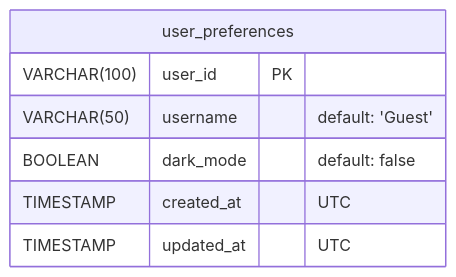
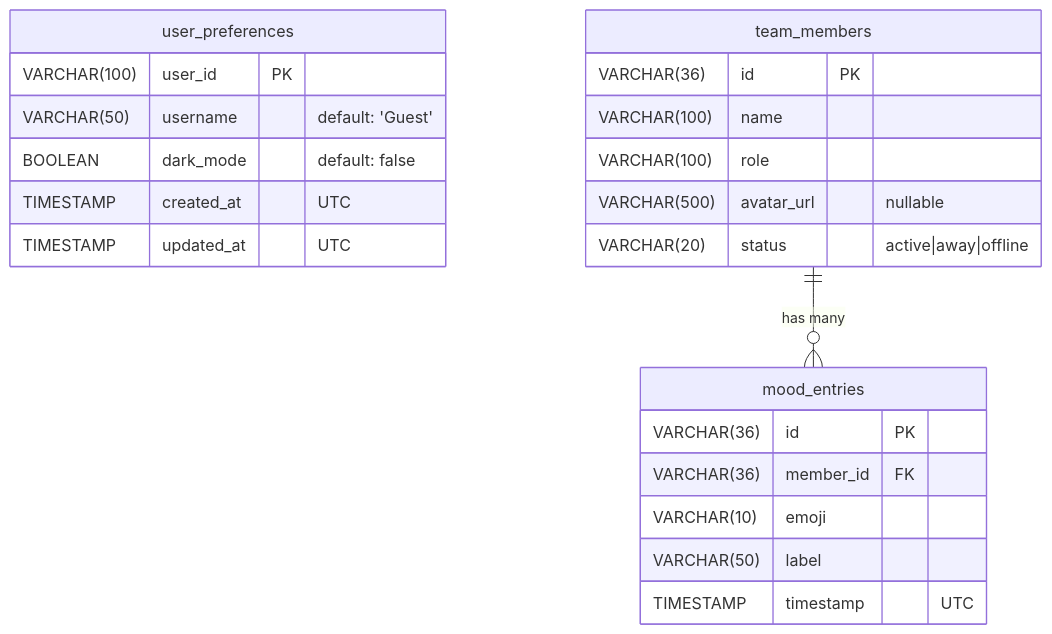
The second of 5 diagrams in docs/ARCHITECTURE.md (RDOToole89/agentic-rn-demo), drawn with Mermaid before and after one commit. The commit also changed other lines of this file and 36 other files, not shown here.

First line of the commit message:
feat(server): add team member management API with mood tracking

````diff
--- a/docs/ARCHITECTURE.md
+++ b/docs/ARCHITECTURE.md
@@ -99,10 +99,28 @@
 ```mermaid
 erDiagram
     user_preferences {
         VARCHAR(100) user_id PK
         VARCHAR(50) username "default: 'Guest'"
         BOOLEAN dark_mode "default: false"
         TIMESTAMP created_at "UTC"
         TIMESTAMP updated_at "UTC"
     }
+
+    team_members {
+        VARCHAR(36) id PK
+        VARCHAR(100) name
+        VARCHAR(100) role
+        VARCHAR(500) avatar_url "nullable"
+        VARCHAR(20) status "active|away|offline"
+    }
+
+    mood_entries {
+        VARCHAR(36) id PK
+        VARCHAR(36) member_id FK
+        VARCHAR(10) emoji
+        VARCHAR(50) label
+        TIMESTAMP timestamp "UTC"
+    }
+
+    team_members ||--o{ mood_entries : "has many"
 ```
````
